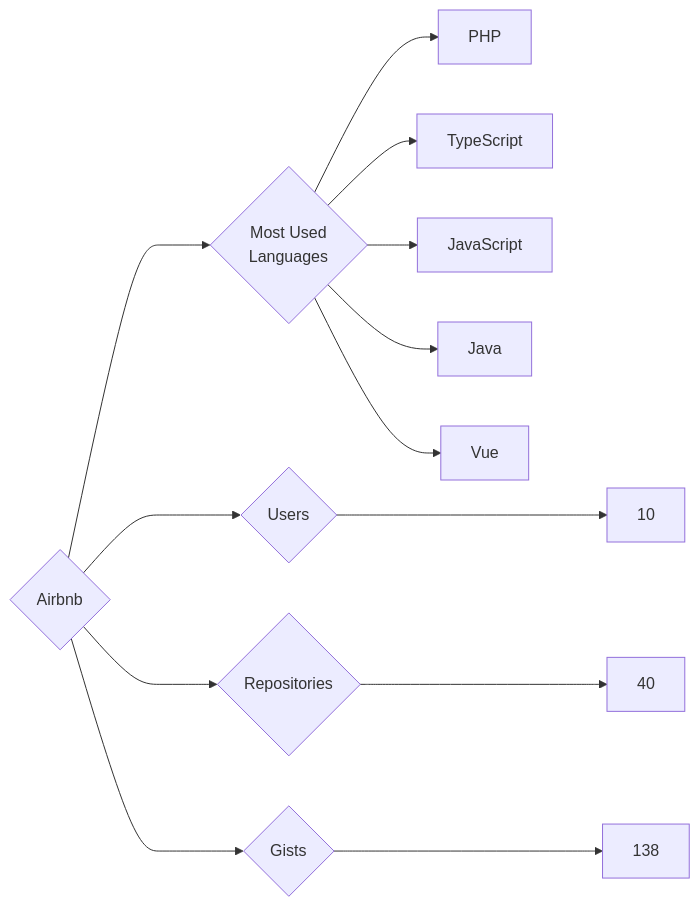
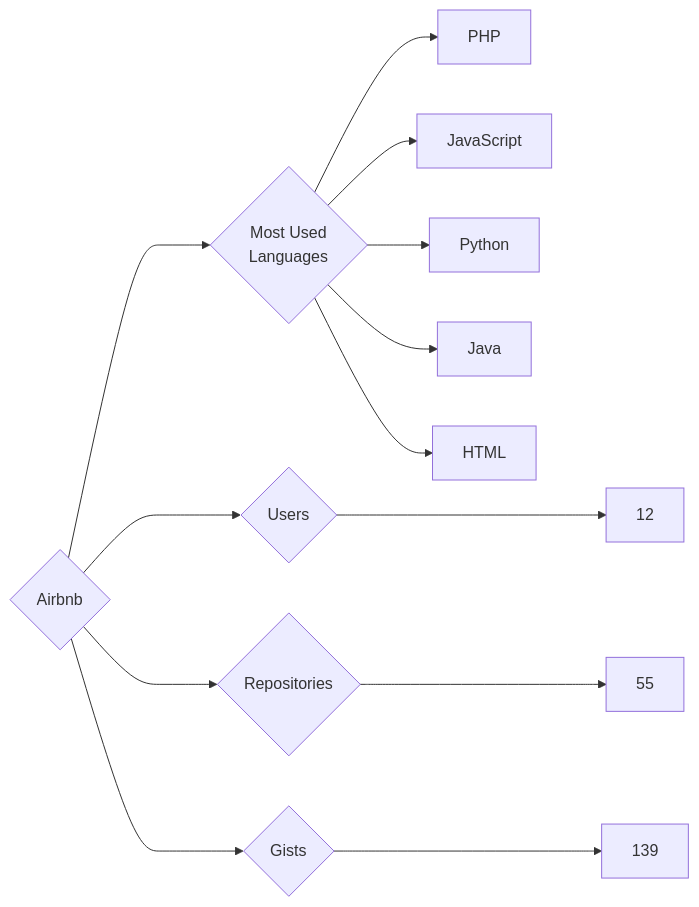
The diagram in targets/Airbnb/README.md (trickest/insiders), drawn with Mermaid before and after one commit. The commit also changed 988 other files, not shown here.

````diff
--- a/targets/Airbnb/README.md
+++ b/targets/Airbnb/README.md
@@ -3,13 +3,13 @@
 ```mermaid
 graph LR
 COMPANY_NAME{Airbnb}
-COMPANY_NAME ---> U{Users} ---> UN[10]
-COMPANY_NAME ---> R{Repositories} ---> RN[40]
-COMPANY_NAME ---> G{Gists} ---> GN[138]
+COMPANY_NAME ---> U{Users} ---> UN[12]
+COMPANY_NAME ---> R{Repositories} ---> RN[55]
+COMPANY_NAME ---> G{Gists} ---> GN[139]
 COMPANY_NAME ---> ML{Most Used<br>Languages}
 ML --> PHP[PHP]
-ML --> TypeScript[TypeScript]
 ML --> JavaScript[JavaScript]
+ML --> Python[Python]
 ML --> Java[Java]
-ML --> Vue[Vue]
+ML --> HTML[HTML]
 ```
````
